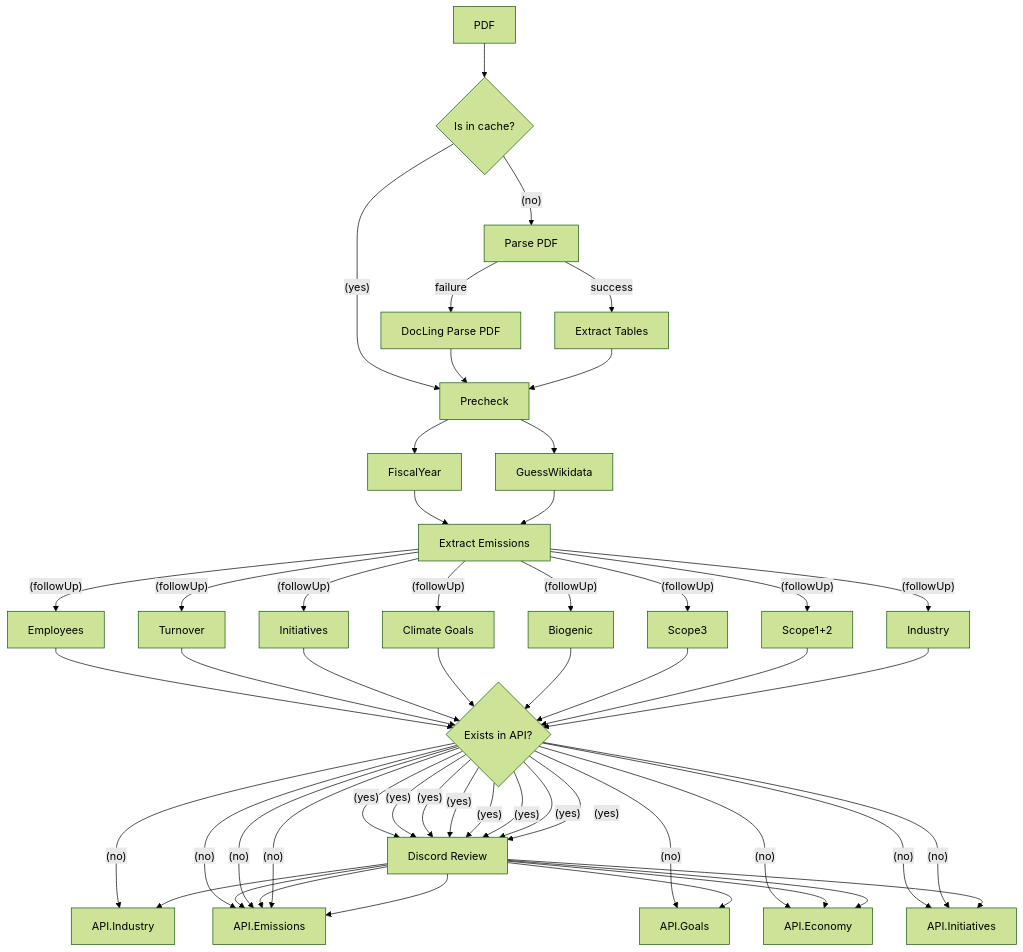
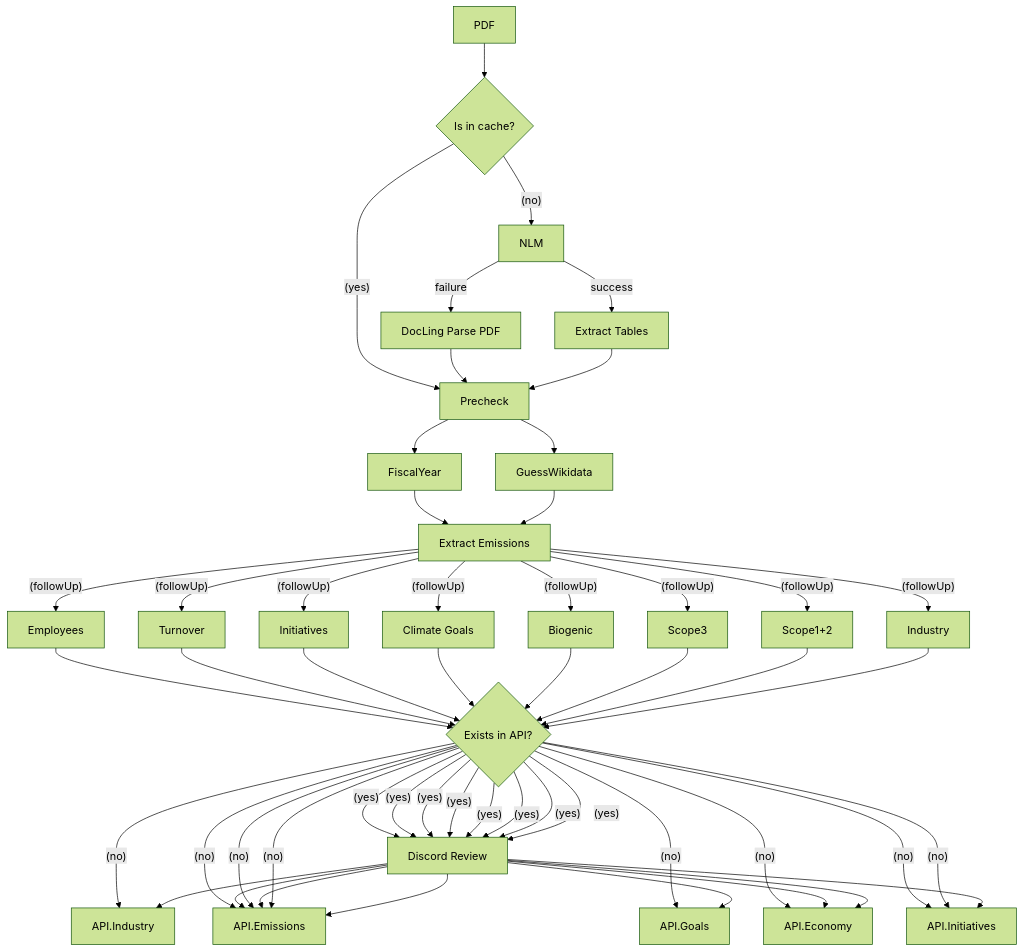
One commit to Klimatbyran/garbo changed the diagram in README.md. Above: the diagram before and after it, drawn with Mermaid (forest theme).

````diff
--- a/README.md
+++ b/README.md
@@ -21,42 +21,41 @@
 ```mermaid
 flowchart TB
 
     PDF[PDF]
     Cache{Is in cache?}
-    NLM[Parse PDF]
     DocLing[DocLing Parse PDF]
     Tables[Extract Tables]
     Emissions[Extract Emissions]
 
     Industry[Industry]
     Goals[Climate Goals]
     Review[Discord Review]
 
     Precheck --> GuessWikidata --> Emissions
     Precheck --> FiscalYear --> Emissions
 
     PDF --> Cache --(no)--> NLM
     NLM --success--> Tables --> Precheck
     NLM --failure--> DocLing --> Precheck
 
     Cache --(yes)--> Precheck
 
     CheckDB{Exists in API?}
 
     Emissions --(followUp)--> Industry --> CheckDB --(yes)--> Review --> API.Industry
                                            CheckDB --(no)--> API.Industry
     Emissions --(followUp)--> Scope1+2 --> CheckDB --(yes)--> Review --> API.Emissions
                                            CheckDB --(no)--> API.Emissions
     Emissions --(followUp)--> Scope3 --> CheckDB --(yes)--> Review --> API.Emissions
                                            CheckDB --(no)--> API.Emissions
     Emissions --(followUp)--> Biogenic --> CheckDB --(yes)--> Review --> API.Emissions
                                            CheckDB --(no)--> API.Emissions
     Emissions --(followUp)--> Goals --> CheckDB --(yes)--> Review --> API.Goals
                                            CheckDB --(no)--> API.Goals
     Emissions --(followUp)--> Initiatives --> CheckDB --(yes)--> Review --> API.Initiatives
                                            CheckDB --(no)--> API.Initiatives
     Emissions --(followUp)--> Turnover --> CheckDB --(yes)--> Review --> API.Economy
                                            CheckDB --(no)--> API.Initiatives
     Emissions --(followUp)--> Employees --> CheckDB --(yes)--> Review --> API.Economy
                                            CheckDB --(no)--> API.Economy
 ```
````
